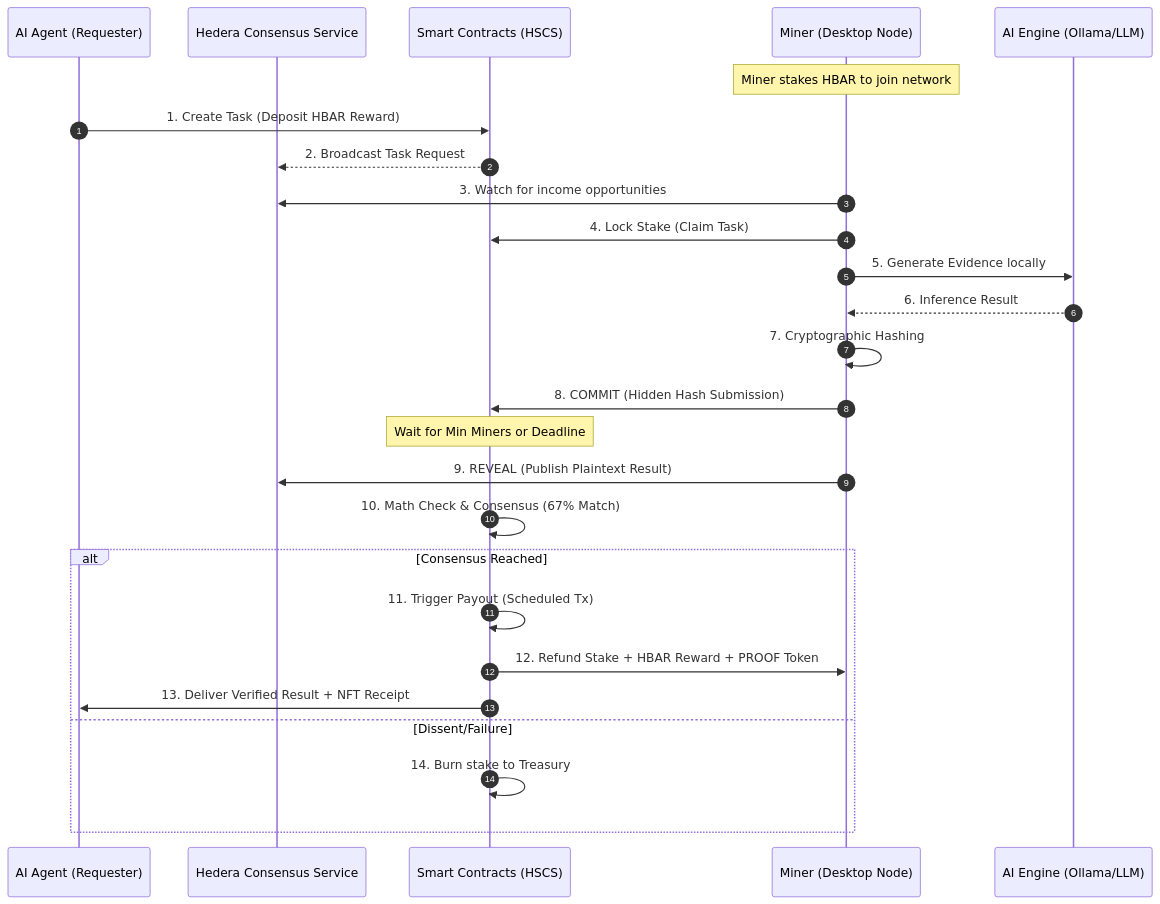
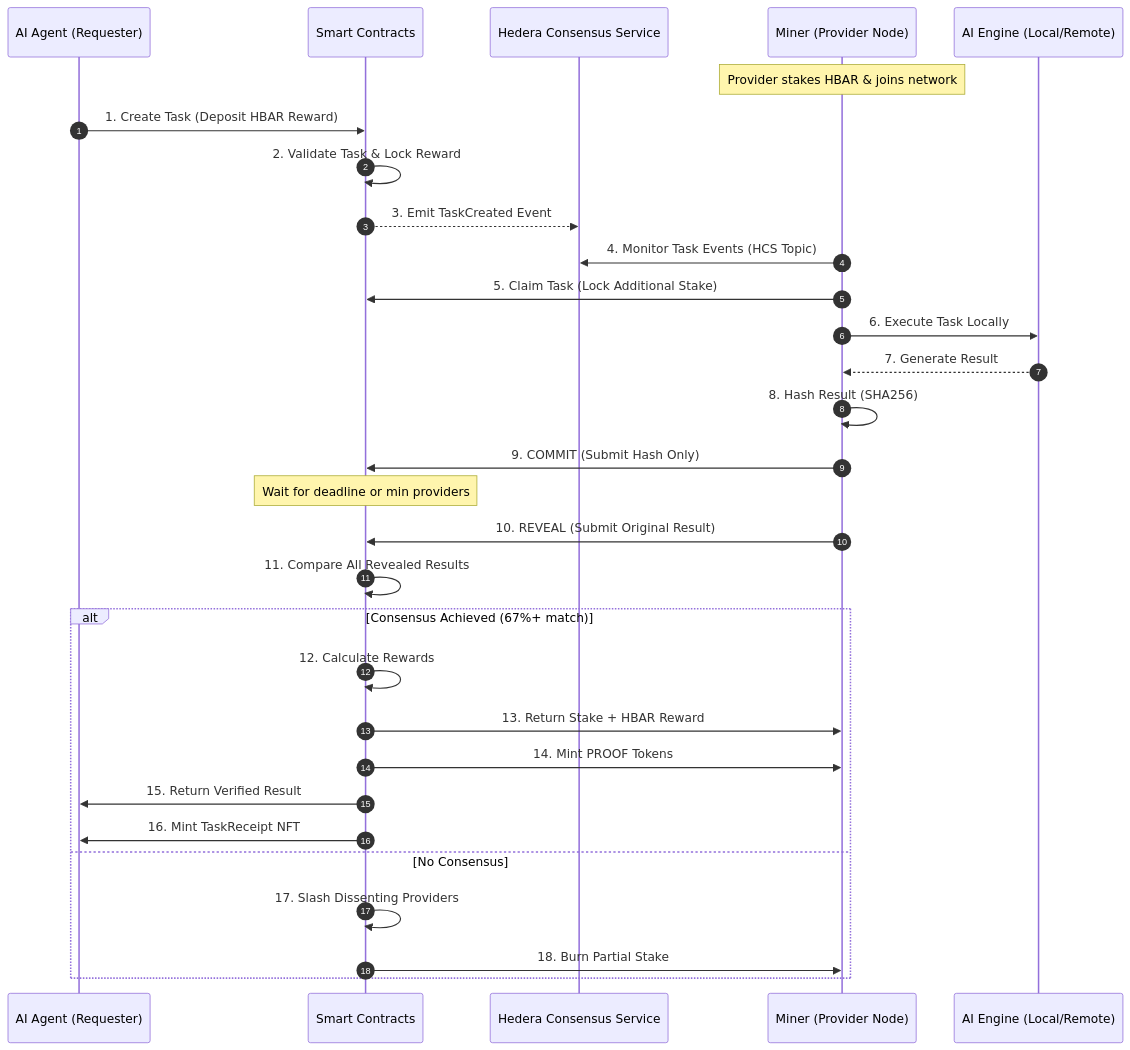
Before and after one commit to Khalid-000-ME/proofclaw: the diagram in README.md, drawn with Mermaid. The commit also changed 2 other files, not shown here.

Commit message:
Minor web app and flow fixes

````diff
--- a/README.md
+++ b/README.md
@@ -97,36 +97,40 @@
 ```mermaid
 sequenceDiagram
     autonumber
     participant A as AI Agent (Requester)
+    participant SC as Smart Contracts
     participant HCS as Hedera Consensus Service
-    participant SC as Smart Contracts (HSCS)
-    participant M as Miner (Desktop Node)
-    participant LLM as AI Engine (Ollama/LLM)
+    participant M as Miner (Provider Node)
+    participant LLM as AI Engine (Local/Remote)
 
-    Note over M: Miner stakes HBAR to join network
+    Note over M: Provider stakes HBAR & joins network
     
     A->>SC: 1. Create Task (Deposit HBAR Reward)
-    SC-->>HCS: 2. Broadcast Task Request
+    SC->>SC: 2. Validate Task & Lock Reward
+    SC-->>HCS: 3. Emit TaskCreated Event
     
-    M->>HCS: 3. Watch for income opportunities
-    M->>SC: 4. Lock Stake (Claim Task)
+    M->>HCS: 4. Monitor Task Events (HCS Topic)
+    M->>SC: 5. Claim Task (Lock Additional Stake)
     
-    M->>LLM: 5. Generate Evidence locally
-    LLM-->>M: 6. Inference Result
+    M->>LLM: 6. Execute Task Locally
+    LLM-->>M: 7. Generate Result
     
-    M->>M: 7. Cryptographic Hashing
-    M->>SC: 8. COMMIT (Hidden Hash Submission)
+    M->>M: 8. Hash Result (SHA256)
+    M->>SC: 9. COMMIT (Submit Hash Only)
     
-    Note over SC: Wait for Min Miners or Deadline
+    Note over SC: Wait for deadline or min providers
     
-    M->>HCS: 9. REVEAL (Publish Plaintext Result)
-    SC->>SC: 10. Math Check & Consensus (67% Match)
+    M->>SC: 10. REVEAL (Submit Original Result)
+    SC->>SC: 11. Compare All Revealed Results
     
-    alt Consensus Reached
-        SC->>SC: 11. Trigger Payout (Scheduled Tx)
-        SC->>M: 12. Refund Stake + HBAR Reward + PROOF Token
-        SC->>A: 13. Deliver Verified Result + NFT Receipt
-    else Dissent/Failure
-        SC->>SC: 14. Burn stake to Treasury
+    alt Consensus Achieved (67%+ match)
+        SC->>SC: 12. Calculate Rewards
+        SC->>M: 13. Return Stake + HBAR Reward
+        SC->>M: 14. Mint PROOF Tokens
+        SC->>A: 15. Return Verified Result
+        SC->>A: 16. Mint TaskReceipt NFT
+    else No Consensus
+        SC->>SC: 17. Slash Dissenting Providers
+        SC->>M: 18. Burn Partial Stake
     end
 ```
````
